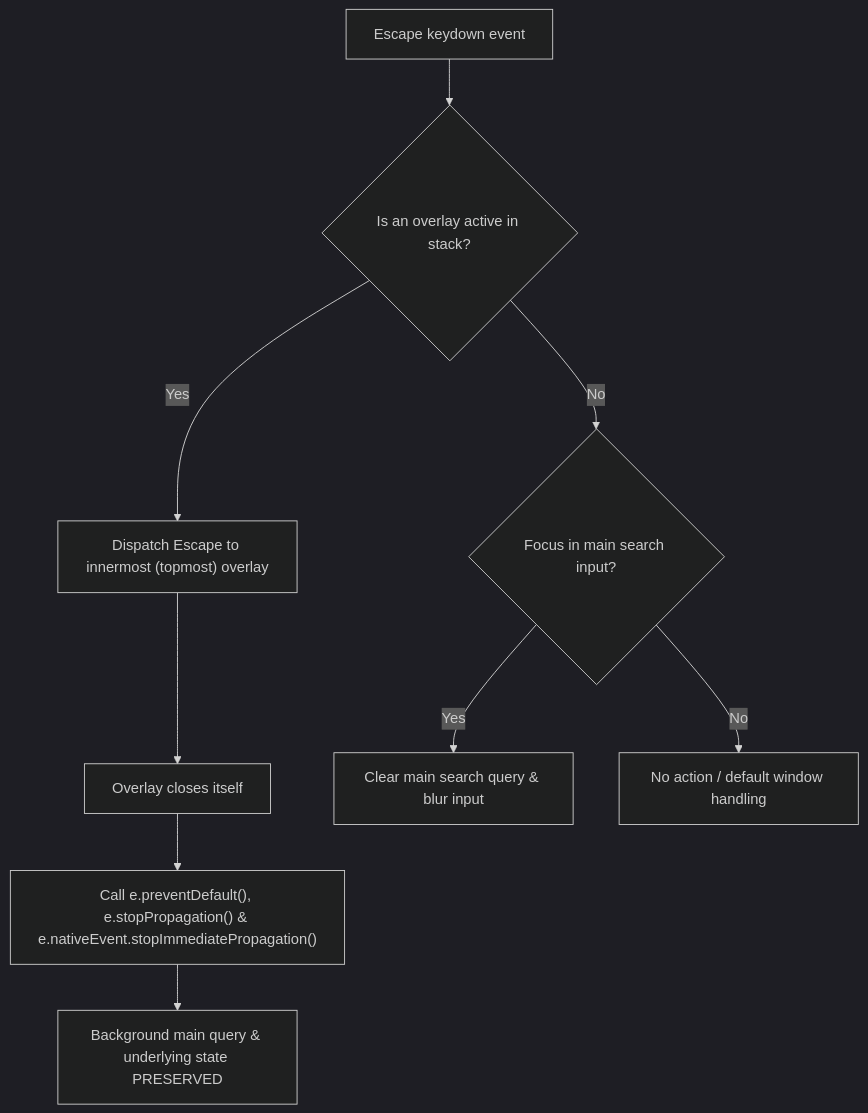
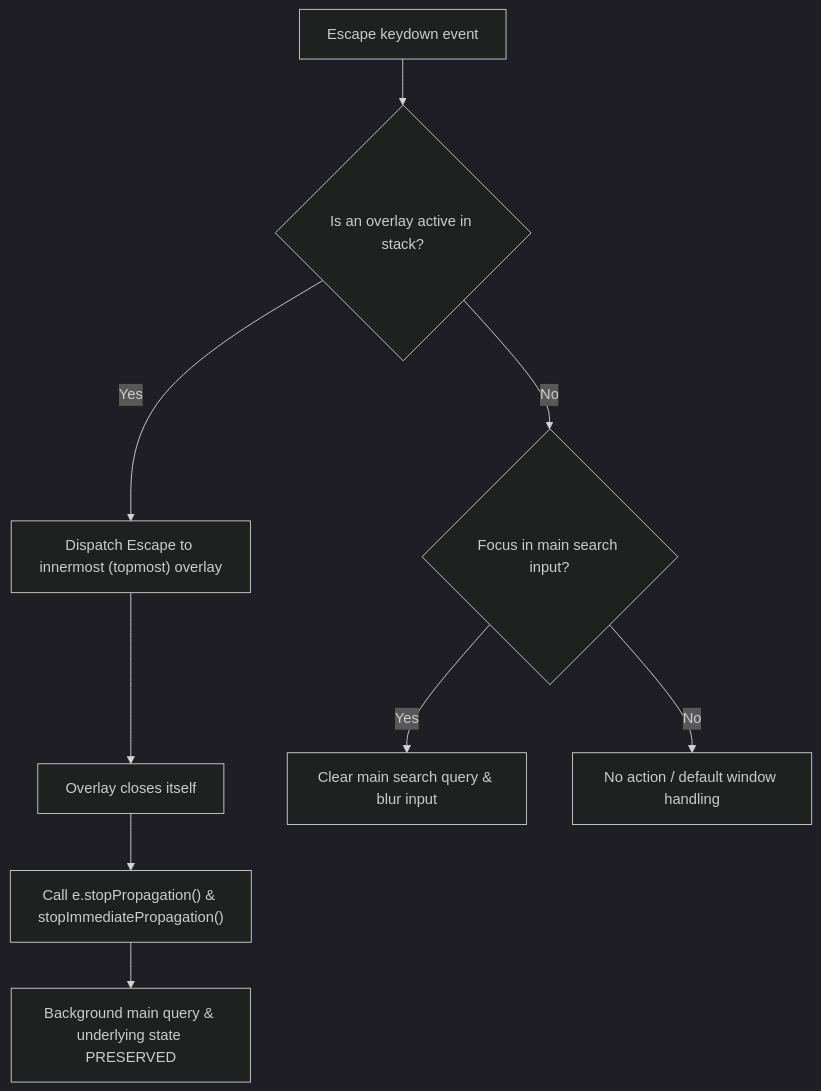
Before and after one commit to hollis-labs/projects: the first of 2 diagrams in parallax/docs/nil-behavior-spec.md, drawn with Mermaid (dark theme). The commit also changed other lines of this file and 2 other files, not shown here.

````diff
--- a/parallax/docs/nil-behavior-spec.md
+++ b/parallax/docs/nil-behavior-spec.md
@@ -104,12 +95,12 @@
 ```mermaid
 flowchart TD
     KeyDown["Escape keydown event"] --> TopOverlay{"Is an overlay active in stack?"}
     TopOverlay -- Yes --> Innermost["Dispatch Escape to innermost (topmost) overlay"]
     Innermost --> CloseOverlay["Overlay closes itself"]
-    CloseOverlay --> StopEvent["Call e.preventDefault(), e.stopPropagation() & e.nativeEvent.stopImmediatePropagation()"]
+    CloseOverlay --> StopEvent["Call e.stopPropagation() & stopImmediatePropagation()"]
     StopEvent --> RetainQuery["Background main query & underlying state PRESERVED"]
 
     TopOverlay -- No --> MainFocus{"Focus in main search input?"}
     MainFocus -- Yes --> ClearQuery["Clear main search query & blur input"]
     MainFocus -- No --> NoAction["No action / default window handling"]
 ```
````
